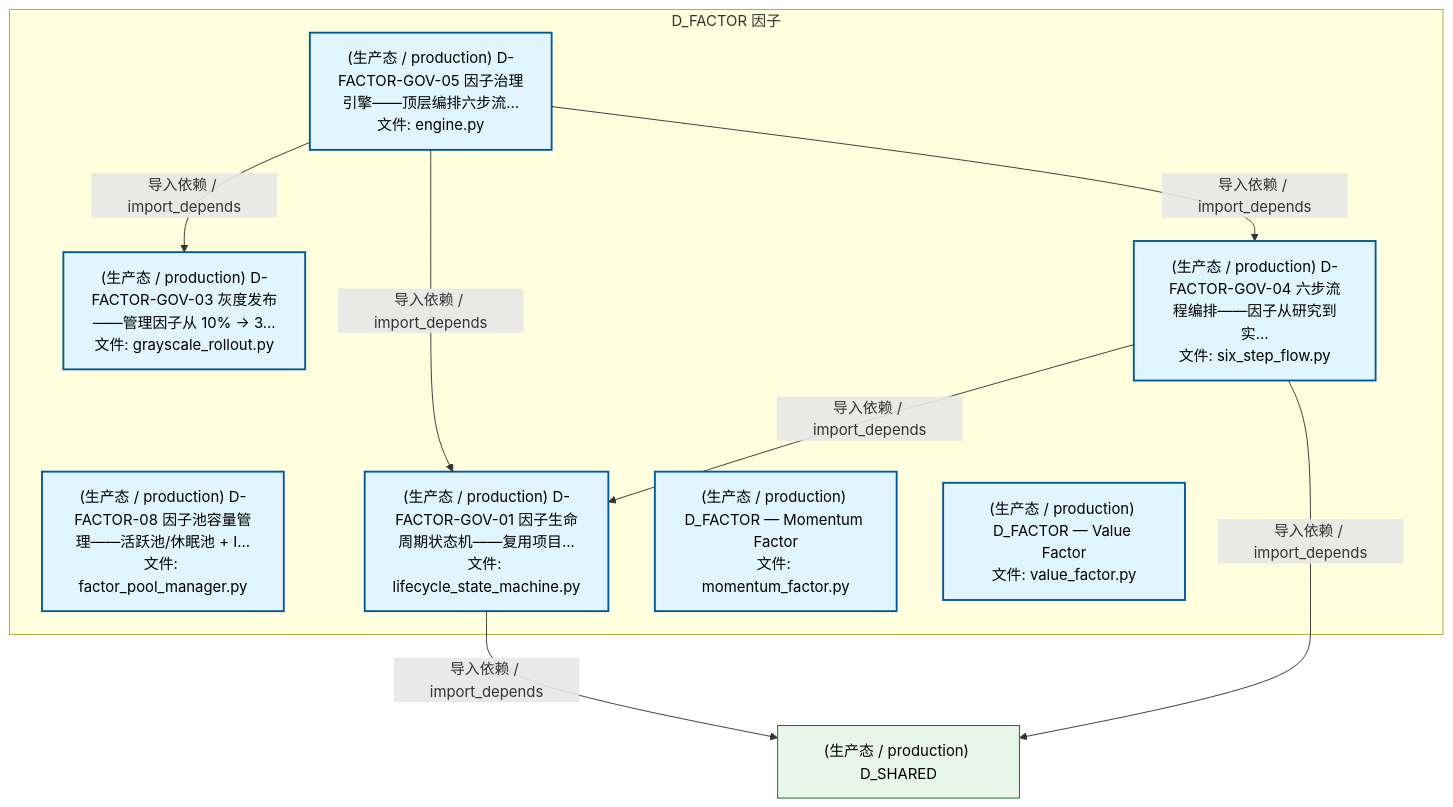
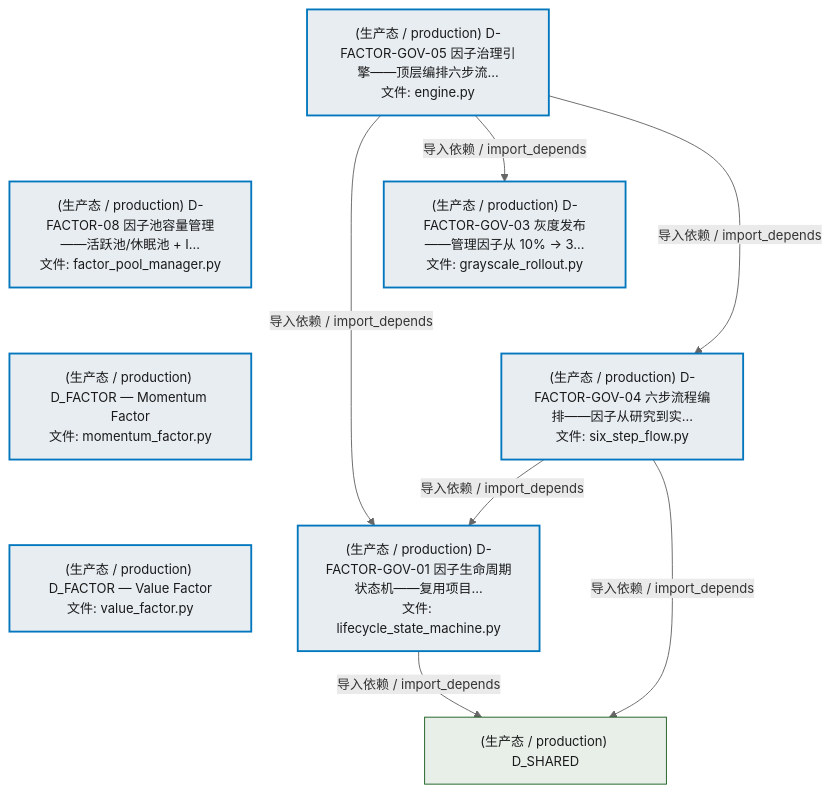
One commit to xuanFelixVan/ZephyrAlpha changed the second of 4 diagrams in docs/02_enterprise_architecture/02_domain_architecture_docs/46_d_factor.md. Above: the diagram before and after it, drawn with Mermaid. The commit also changed other lines of this file and 76 other files, not shown here.

````diff
--- a/docs/02_enterprise_architecture/02_domain_architecture_docs/46_d_factor.md
+++ b/docs/02_enterprise_architecture/02_domain_architecture_docs/46_d_factor.md
@@ -187,25 +212,28 @@
 ```mermaid
-graph TD
-    subgraph D_FACTOR["D_FACTOR 因子"]
-        src_zephyr_factor_governance_engine_py["(生产态 / production) D-FACTOR-GOV-05 因子治理引擎——顶层编排六步流...<br/>文件: engine.py"]
-        src_zephyr_factor_governance_factor_pool_manager_py["(生产态 / production) D-FACTOR-08 因子池容量管理——活跃池/休眠池 + I...<br/>文件: factor_pool_manager.py"]
-        src_zephyr_factor_governance_grayscale_rollout_py["(生产态 / production) D-FACTOR-GOV-03 灰度发布——管理因子从 10% → 3...<br/>文件: grayscale_rollout.py"]
-        src_zephyr_factor_governance_lifecycle_state_machine_py["(生产态 / production) D-FACTOR-GOV-01 因子生命周期状态机——复用项目...<br/>文件: lifecycle_state_machine.py"]
-        src_zephyr_factor_governance_six_step_flow_py["(生产态 / production) D-FACTOR-GOV-04 六步流程编排——因子从研究到实...<br/>文件: six_step_flow.py"]
-        src_zephyr_factor_momentum_factor_py["(生产态 / production) D_FACTOR — Momentum Factor<br/>文件: momentum_factor.py"]
-        src_zephyr_factor_value_factor_py["(生产态 / production) D_FACTOR — Value Factor<br/>文件: value_factor.py"]
-    end
+%%{init: {'theme': 'base', 'themeVariables': {'primaryColor': '#eaeaea', 'primaryTextColor': '#333333', 'primaryBorderColor': '#666666', 'lineColor': '#666666', 'secondaryColor': '#eaeaea', 'tertiaryColor': '#eaeaea', 'fontSize': '14px'}}}%%
+flowchart TD
+    src_zephyr_factor_governance_engine_py["(生产态 / production) D-FACTOR-GOV-05 因子治理引擎——顶层编排六步流...<br/>文件: engine.py"]
+    src_zephyr_factor_governance_factor_pool_manager_py["(生产态 / production) D-FACTOR-08 因子池容量管理——活跃池/休眠池 + I...<br/>文件: factor_pool_manager.py"]
+    src_zephyr_factor_momentum_factor_py["(生产态 / production) D_FACTOR — Momentum Factor<br/>文件: momentum_factor.py"]
+    src_zephyr_factor_value_factor_py["(生产态 / production) D_FACTOR — Value Factor<br/>文件: value_factor.py"]
+    src_zephyr_factor_governance_engine_py ~~~ src_zephyr_factor_governance_factor_pool_manager_py
+    src_zephyr_factor_governance_factor_pool_manager_py ~~~ src_zephyr_factor_momentum_factor_py
+    src_zephyr_factor_momentum_factor_py ~~~ src_zephyr_factor_value_factor_py
+    src_zephyr_factor_governance_grayscale_rollout_py["(生产态 / production) D-FACTOR-GOV-03 灰度发布——管理因子从 10% → 3...<br/>文件: grayscale_rollout.py"]
+    src_zephyr_factor_governance_six_step_flow_py["(生产态 / production) D-FACTOR-GOV-04 六步流程编排——因子从研究到实...<br/>文件: six_step_flow.py"]
+    src_zephyr_factor_governance_grayscale_rollout_py ~~~ src_zephyr_factor_governance_six_step_flow_py
+    src_zephyr_factor_governance_lifecycle_state_machine_py["(生产态 / production) D-FACTOR-GOV-01 因子生命周期状态机——复用项目...<br/>文件: lifecycle_state_machine.py"]
+    src_zephyr_factor_governance_engine_py -->|导入依赖 / import_depends| src_zephyr_factor_governance_grayscale_rollout_py
+    src_zephyr_factor_governance_engine_py -->|导入依赖 / import_depends| src_zephyr_factor_governance_six_step_flow_py
     src_zephyr_factor_governance_engine_py -->|导入依赖 / import_depends| src_zephyr_factor_governance_lifecycle_state_machine_py
-    src_zephyr_factor_governance_engine_py -->|导入依赖 / import_depends| src_zephyr_factor_governance_six_step_flow_py
-    src_zephyr_factor_governance_engine_py -->|导入依赖 / import_depends| src_zephyr_factor_governance_grayscale_rollout_py
     src_zephyr_factor_governance_six_step_flow_py -->|导入依赖 / import_depends| src_zephyr_factor_governance_lifecycle_state_machine_py
     D_SHARED["(生产态 / production) D_SHARED"]
     src_zephyr_factor_governance_lifecycle_state_machine_py -->|导入依赖 / import_depends| D_SHARED
     src_zephyr_factor_governance_six_step_flow_py -->|导入依赖 / import_depends| D_SHARED
-    classDef production fill:#e1f5fe,stroke:#01579b,stroke-width:2px,color:#000
-    classDef design fill:#fff3e0,stroke:#e65100,stroke-width:2px,color:#000,stroke-dasharray: 5 5
-    classDef external_prod fill:#e8f5e9,stroke:#1b5e20,stroke-width:1px,color:#000
-    classDef external_design fill:#fce4ec,stroke:#880e4f,stroke-width:1px,color:#000,stroke-dasharray: 5 5
+    classDef production fill:#e8edf2,stroke:#0277bd,stroke-width:2px,color:#1a1a1a
+    classDef design fill:#f0ebe3,stroke:#bf360c,stroke-width:2px,color:#1a1a1a,stroke-dasharray: 5 5
+    classDef external_prod fill:#e8efe9,stroke:#1b5e20,stroke-width:1px,color:#1a1a1a
+    classDef external_design fill:#efe5ea,stroke:#880e4f,stroke-width:1px,color:#1a1a1a,stroke-dasharray: 5 5
     class src_zephyr_factor_governance_engine_py,src_zephyr_factor_governance_factor_pool_manager_py,src_zephyr_factor_governance_grayscale_rollout_py,src_zephyr_factor_governance_lifecycle_state_machine_py,src_zephyr_factor_governance_six_step_flow_py,src_zephyr_factor_momentum_factor_py,src_zephyr_factor_value_factor_py production
     class D_SHARED external_prod
 ```
````
